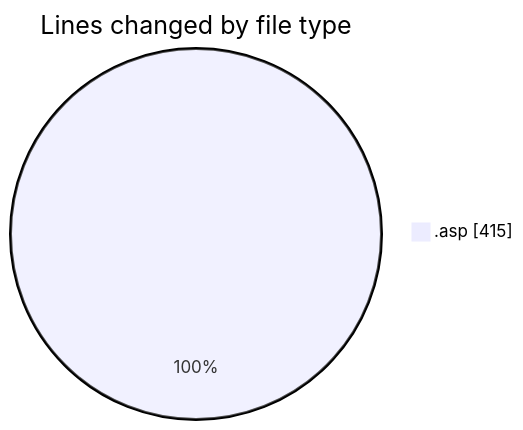
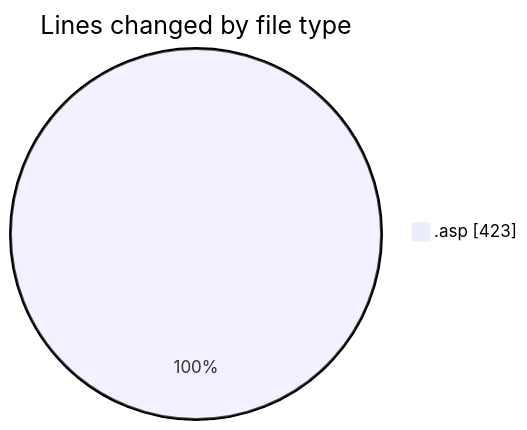
Before and after one commit to julien-gomy/code-tracking: the first of 2 diagrams in 2025-11-12/cdp_aleoudev_fr__workspace_/README.md, drawn with Mermaid. The commit also changed other lines of this file and 1 other file, not shown here.

````diff
--- a/2025-11-12/cdp_aleoudev_fr__workspace_/README.md
+++ b/2025-11-12/cdp_aleoudev_fr__workspace_/README.md
@@ -22,5 +22,5 @@
 ```mermaid
 pie showData
 title Lines changed by file type
-".asp" : 415
+".asp" : 423
 ```
````
